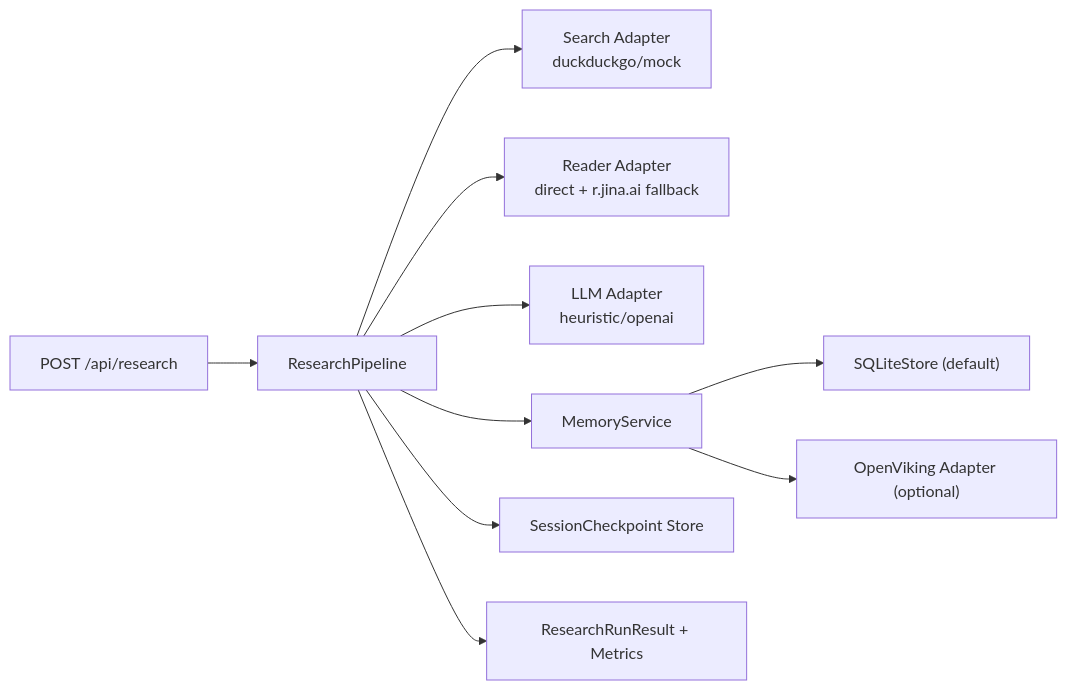
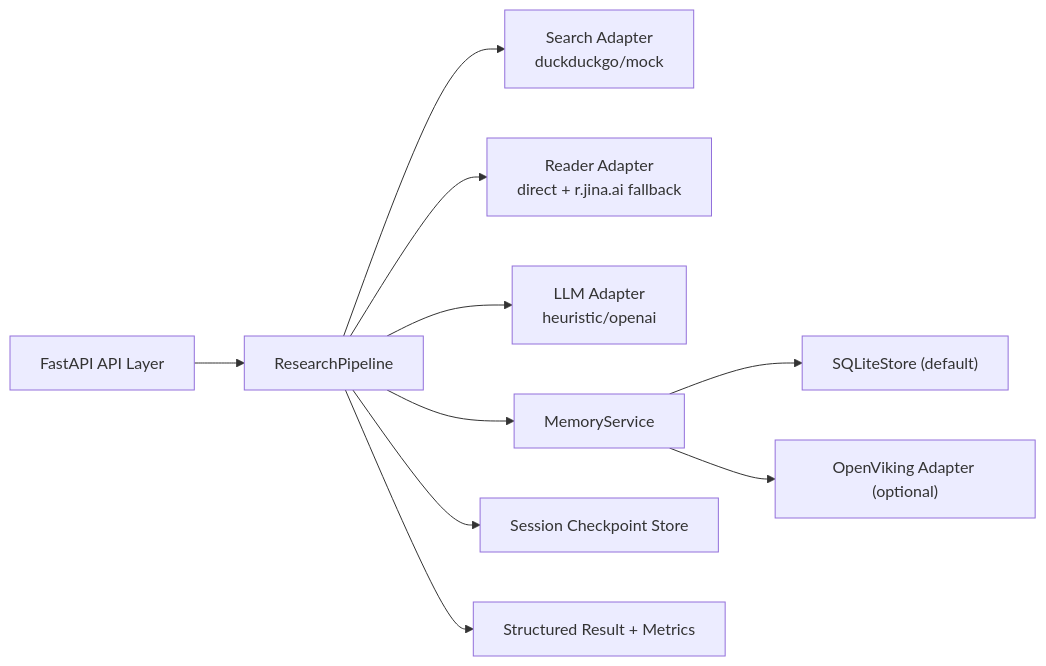
The diagram in README.md (Duang777/deepresearch-x), drawn with Mermaid before and after one commit. The commit also changed other lines of this file and 1 other file, not shown here.

Commit message:
docs: rewrite README for production style and add architecture cover

````diff
--- a/README.md
+++ b/README.md
@@ -28,12 +25,12 @@
 ```mermaid
 flowchart LR
-    A["POST /api/research"] --> B["ResearchPipeline"]
-    B --> C["Search Adapter<br/>duckduckgo/mock"]
-    B --> D["Reader Adapter<br/>direct + r.jina.ai fallback"]
-    B --> E["LLM Adapter<br/>heuristic/openai"]
-    B --> F["MemoryService"]
-    F --> G["SQLiteStore (default)"]
-    F --> H["OpenViking Adapter (optional)"]
-    B --> I["SessionCheckpoint Store"]
-    B --> J["ResearchRunResult + Metrics"]
+    API["FastAPI API Layer"] --> PIPE["ResearchPipeline"]
+    PIPE --> SEARCH["Search Adapter<br/>duckduckgo/mock"]
+    PIPE --> READER["Reader Adapter<br/>direct + r.jina.ai fallback"]
+    PIPE --> LLM["LLM Adapter<br/>heuristic/openai"]
+    PIPE --> MEM["MemoryService"]
+    MEM --> SQL["SQLiteStore (default)"]
+    MEM --> OV["OpenViking Adapter (optional)"]
+    PIPE --> CKPT["Session Checkpoint Store"]
+    PIPE --> OUT["Structured Result + Metrics"]
 ```
````
